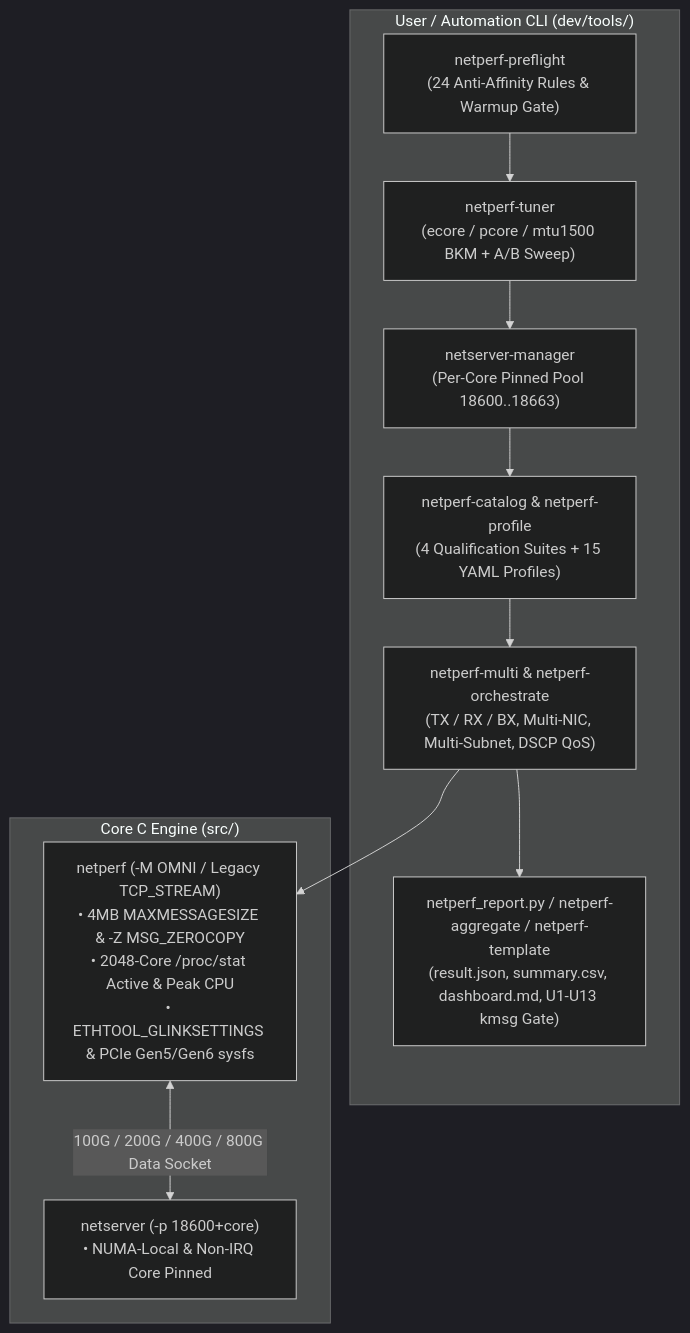
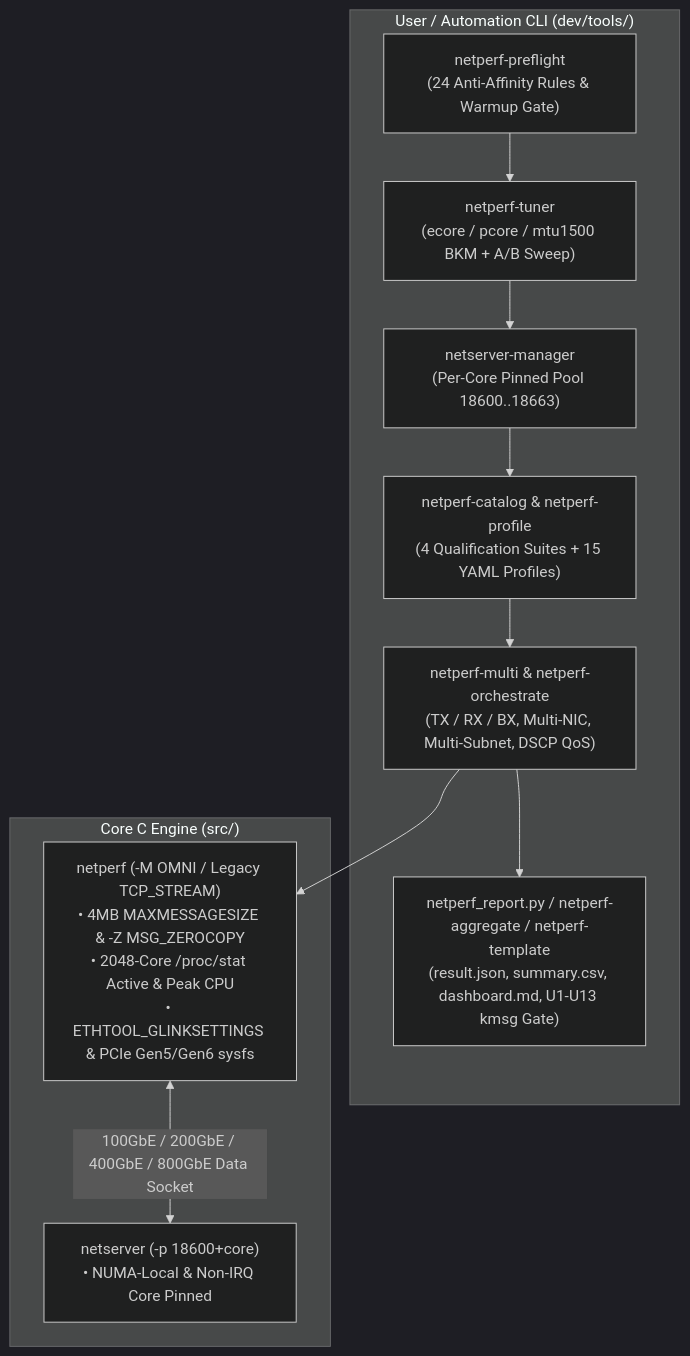
One commit to thehevy/netperf_copilot changed the diagram in wiki/Home.md. Above: the diagram before and after it, drawn with Mermaid (dark theme). The commit also changed other lines of this file and 24 other files, not shown here.

````diff
--- a/wiki/Home.md
+++ b/wiki/Home.md
@@ -95,24 +96,24 @@
 ```mermaid
 flowchart TD
     subgraph UserCLI["User / Automation CLI (dev/tools/)"]
         Preflight["netperf-preflight\n(24 Anti-Affinity Rules & Warmup Gate)"]
         Tuner["netperf-tuner\n(ecore / pcore / mtu1500 BKM + A/B Sweep)"]
         PoolMgr["netserver-manager\n(Per-Core Pinned Pool 18600..18663)"]
         Catalog["netperf-catalog & netperf-profile\n(4 Qualification Suites + 15 YAML Profiles)"]
         Multi["netperf-multi & netperf-orchestrate\n(TX / RX / BX, Multi-NIC, Multi-Subnet, DSCP QoS)"]
         Report["netperf_report.py / netperf-aggregate / netperf-template\n(result.json, summary.csv, dashboard.md, U1-U13 kmsg Gate)"]
     end
 
     subgraph CoreEngine["Core C Engine (src/)"]
         Netperf["netperf (-M OMNI / Legacy TCP_STREAM)\n• 4MB MAXMESSAGESIZE & -Z MSG_ZEROCOPY\n• 2048-Core /proc/stat Active & Peak CPU\n• ETHTOOL_GLINKSETTINGS & PCIe Gen5/Gen6 sysfs"]
         Netserver["netserver (-p 18600+core)\n• NUMA-Local & Non-IRQ Core Pinned"]
     end
 
     Preflight --> Tuner
     Tuner --> PoolMgr
     PoolMgr --> Catalog
     Catalog --> Multi
     Multi --> Netperf
-    Netperf <-->|"100G / 200G / 400G / 800G Data Socket"| Netserver
+    Netperf <-->|"100GbE / 200GbE / 400GbE / 800GbE Data Socket"| Netserver
     Multi --> Report
 ```
````
